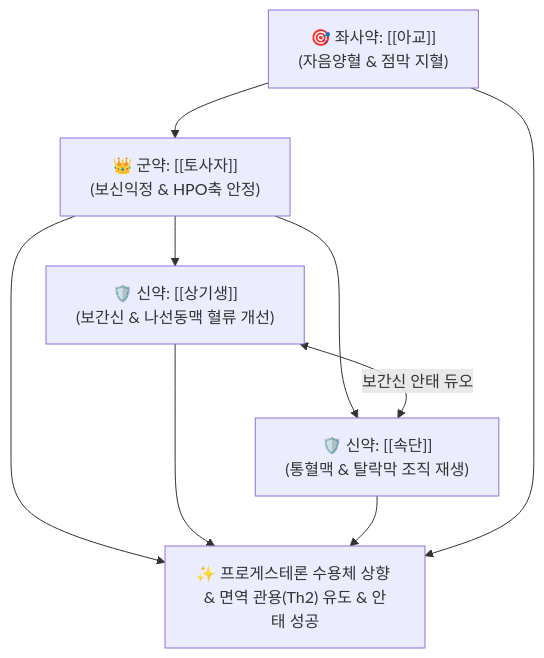
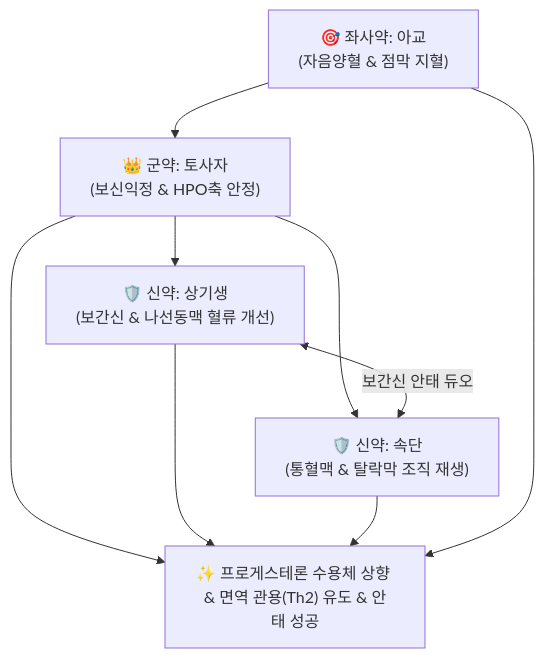
Before and after one commit to simbio11/simbio-digital-garden2: the diagram in content/2. 약리 공부/처방/02_보익제/수태환.md, drawn with Mermaid. The commit also changed other lines of this file and 323 other files, not shown here.

````diff
--- a/content/2. 약리 공부/처방/02_보익제/수태환.md
+++ b/content/2. 약리 공부/처방/02_보익제/수태환.md
@@ -44,8 +46,8 @@
 ```mermaid
 graph TD
-    TS["👑 군약: [[토사자]]<br>(보신익정 & HPO축 안정)"] --> SK["🛡️ 신약: [[상기생]]<br>(보간신 & 나선동맥 혈류 개선)"]
-    TS --> SD["🛡️ 신약: [[속단]]<br>(통혈맥 & 탈락막 조직 재생)"]
-    AG["🎯 좌사약: [[아교]]<br>(자음양혈 & 점막 지혈)"] --> TS
+    TS["👑 군약: 토사자<br>(보신익정 & HPO축 안정)"] --> SK["🛡️ 신약: 상기생<br>(보간신 & 나선동맥 혈류 개선)"]
+    TS --> SD["🛡️ 신약: 속단<br>(통혈맥 & 탈락막 조직 재생)"]
+    AG["🎯 좌사약: 아교<br>(자음양혈 & 점막 지혈)"] --> TS
     SK <-->|보간신 안태 듀오| SD
     TS & SK & SD & AG --> Target["✨ 프로게스테론 수용체 상향 & 면역 관용(Th2) 유도 & 안태 성공"]
 ```
````
